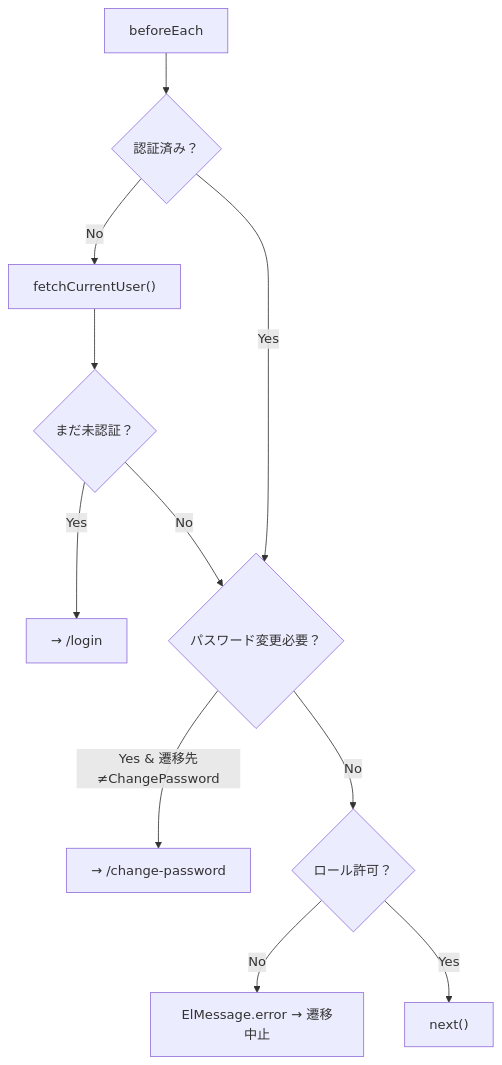
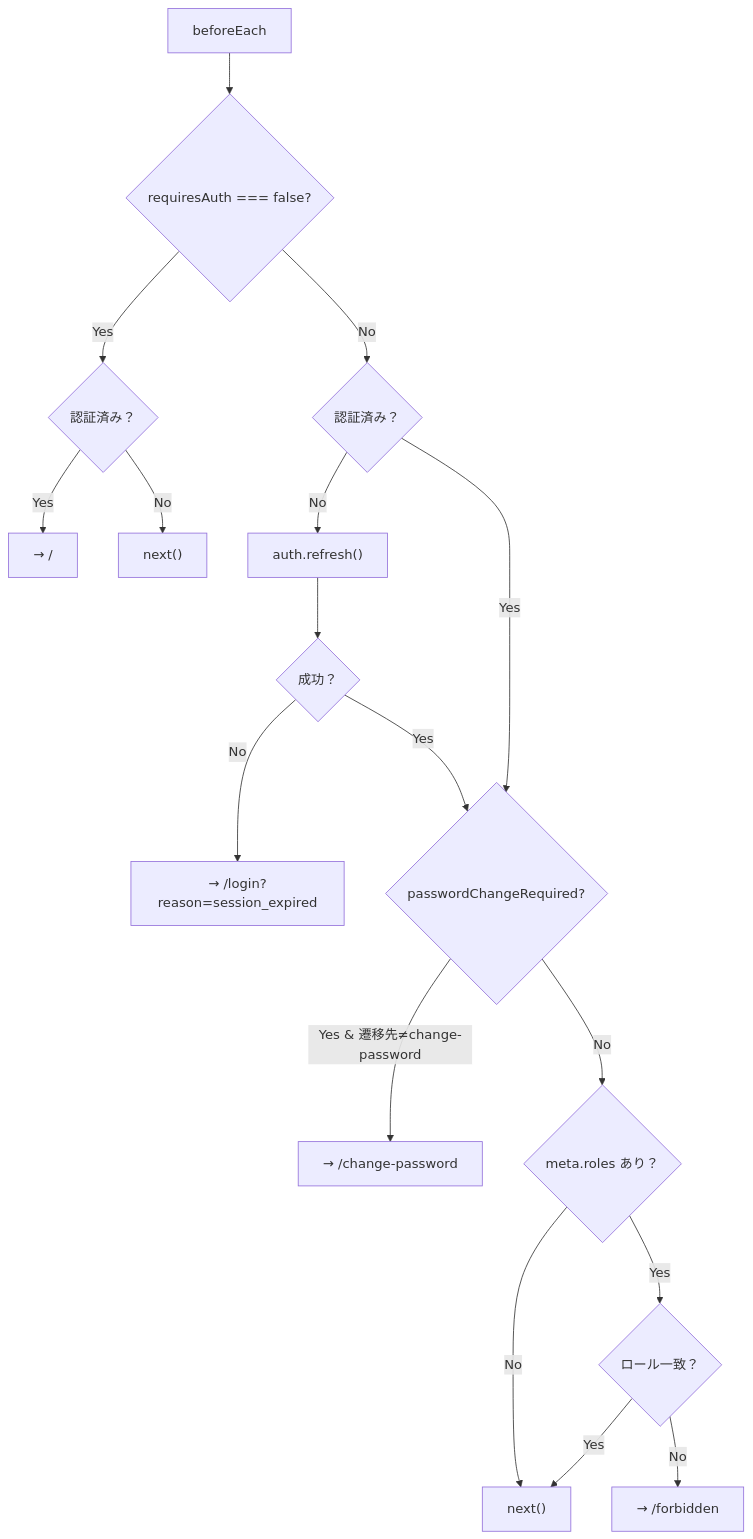
One commit to hidefumiagata/wms changed the diagram in docs/architecture-design/03-frontend-architecture.md. Above: the diagram before and after it, drawn with Mermaid. The commit also changed other lines of this file and 5 other files, not shown here.

First line of the commit message:
fix: レビュー指摘対応 — RouteMeta型分離・forbiddenルート移動・テスト補完・設計書更新 / Fix review findings: split RouteMeta type, move forbidden route, add tests, update docs

````diff
--- a/docs/architecture-design/03-frontend-architecture.md
+++ b/docs/architecture-design/03-frontend-architecture.md
@@ -975,13 +986,19 @@
 ```mermaid
 flowchart TD
-    START["beforeEach"] --> AUTH_CHECK{"認証済み？"}
-    AUTH_CHECK -->|"No"| FETCH["fetchCurrentUser()"]
-    FETCH --> STILL_NO{"まだ未認証？"}
-    STILL_NO -->|"Yes"| LOGIN["→ /login"]
-    STILL_NO -->|"No"| PW_CHECK
-    AUTH_CHECK -->|"Yes"| PW_CHECK{"パスワード変更必要？"}
-    PW_CHECK -->|"Yes & 遷移先≠ChangePassword"| CHANGE_PW["→ /change-password"]
-    PW_CHECK -->|"No"| ROLE_CHECK{"ロール許可？"}
-    ROLE_CHECK -->|"No"| FORBIDDEN["ElMessage.error → 遷移中止"]
-    ROLE_CHECK -->|"Yes"| NEXT["next()"]
+    START["beforeEach"] --> REQUIRES_AUTH{"requiresAuth === false?"}
+    REQUIRES_AUTH -->|"Yes"| LOGGED_IN{"認証済み？"}
+    LOGGED_IN -->|"Yes"| REDIRECT_HOME["→ /"]
+    LOGGED_IN -->|"No"| ALLOW["next()"]
+    REQUIRES_AUTH -->|"No"| AUTH_CHECK{"認証済み？"}
+    AUTH_CHECK -->|"No"| REFRESH["auth.refresh()"]
+    REFRESH --> REFRESH_OK{"成功？"}
+    REFRESH_OK -->|"No"| LOGIN["→ /login?reason=session_expired"]
+    REFRESH_OK -->|"Yes"| PW_CHECK
+    AUTH_CHECK -->|"Yes"| PW_CHECK{"passwordChangeRequired?"}
+    PW_CHECK -->|"Yes & 遷移先≠change-password"| CHANGE_PW["→ /change-password"]
+    PW_CHECK -->|"No"| ROLE_CHECK{"meta.roles あり？"}
+    ROLE_CHECK -->|"No"| NEXT["next()"]
+    ROLE_CHECK -->|"Yes"| ROLE_OK{"ロール一致？"}
+    ROLE_OK -->|"No"| FORBIDDEN["→ /forbidden"]
+    ROLE_OK -->|"Yes"| NEXT
 ```
````
